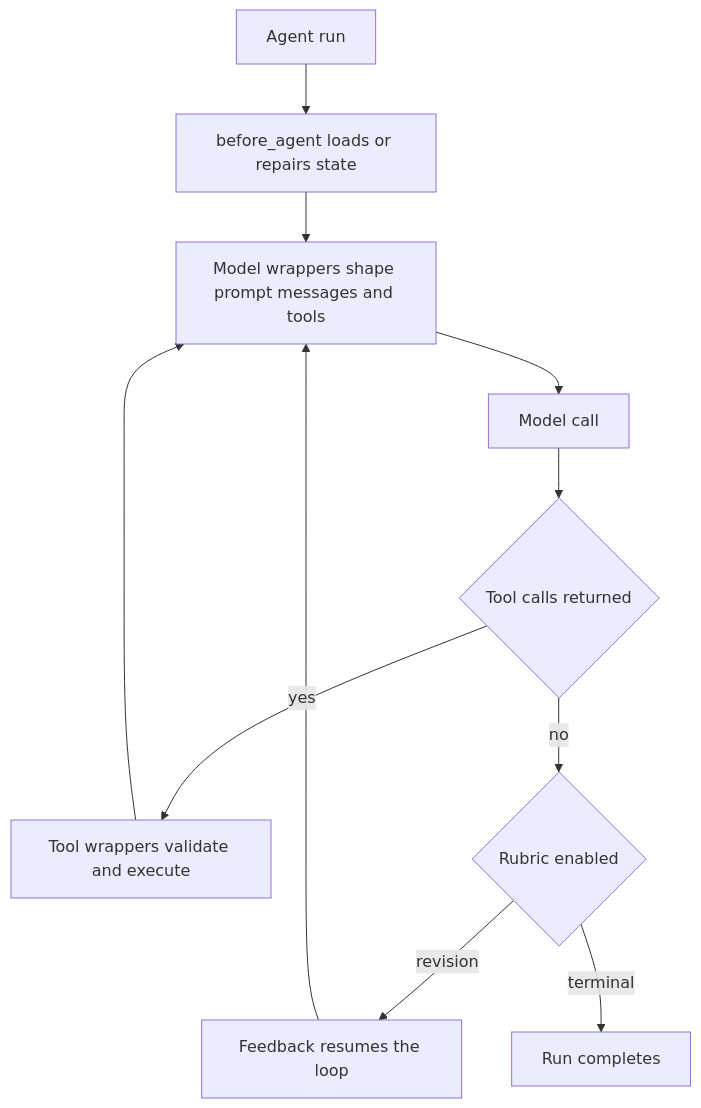
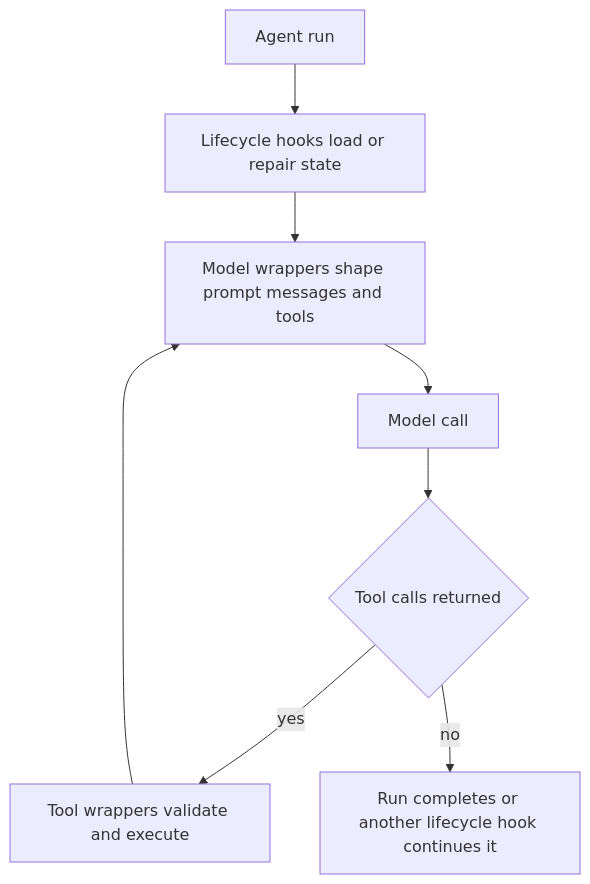
One commit to langchain-ai/deepagents changed the first of 2 diagrams in openwiki/concepts/middleware-catalog.md. Above: the diagram before and after it, drawn with Mermaid. The commit also changed other lines of this file and 39 other files, not shown here.

````diff
--- a/openwiki/concepts/middleware-catalog.md
+++ b/openwiki/concepts/middleware-catalog.md
@@ -37,13 +39,10 @@
 ```mermaid
 flowchart TD
-    Start["Agent run"] --> Load["before_agent loads or repairs state"]
-    Load --> Request["Model wrappers shape prompt messages and tools"]
+    Run["Agent run"] --> Setup["Lifecycle hooks load or repair state"]
+    Setup --> Request["Model wrappers shape prompt messages and tools"]
     Request --> Model["Model call"]
-    Model --> Decision{"Tool calls returned"}
-    Decision -->|"yes"| Execute["Tool wrappers validate and execute"]
-    Execute --> Request
-    Decision -->|"no"| Review{"Rubric enabled"}
-    Review -->|"revision"| Feedback["Feedback resumes the loop"]
-    Feedback --> Request
-    Review -->|"terminal"| Finish["Run completes"]
+    Model --> Choice{"Tool calls returned"}
+    Choice -->|"yes"| Tool["Tool wrappers validate and execute"]
+    Tool --> Request
+    Choice -->|"no"| Done["Run completes or another lifecycle hook continues it"]
 ```
````
